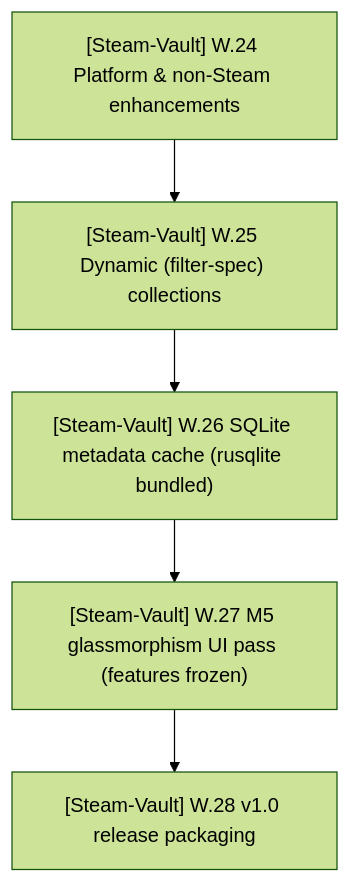
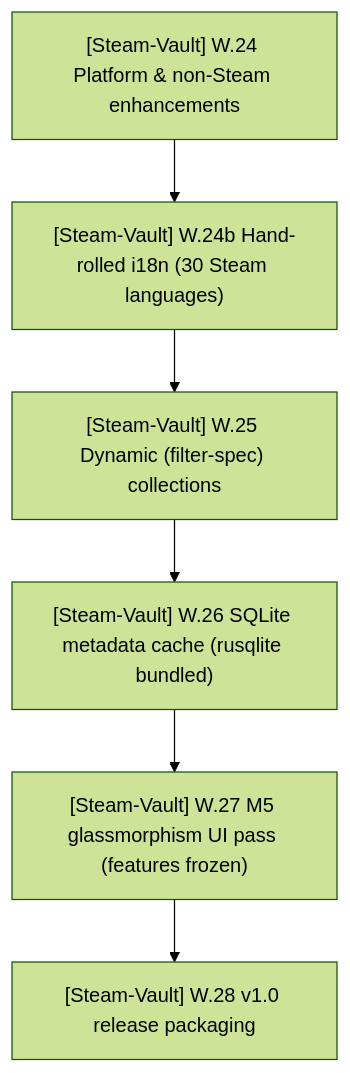
One commit to HELIX-Origin/agents changed the first of 8 diagrams in PLAN.md. Above: the diagram before and after it, drawn with Mermaid (forest theme). The commit also changed other lines of this file and 3 other files, not shown here.

````diff
--- a/PLAN.md
+++ b/PLAN.md
@@ -26,7 +26,8 @@
 ```mermaid
 flowchart TD
-    S6_Platform["[Steam-Vault] W.24 Platform & non-Steam enhancements"] --> S6_Dyn["[Steam-Vault] W.25 Dynamic (filter-spec) collections"]
+    S6_Platform["[Steam-Vault] W.24 Platform & non-Steam enhancements"] --> S6_I18n["[Steam-Vault] W.24b Hand-rolled i18n (30 Steam languages)"]
+    S6_I18n --> S6_Dyn["[Steam-Vault] W.25 Dynamic (filter-spec) collections"]
     S6_Dyn --> S6_Sql["[Steam-Vault] W.26 SQLite metadata cache (rusqlite bundled)"]
     S6_Sql --> S6_Ui["[Steam-Vault] W.27 M5 glassmorphism UI pass (features frozen)"]
     S6_Ui --> S6_Rel["[Steam-Vault] W.28 v1.0 release packaging"]
 ```
````
